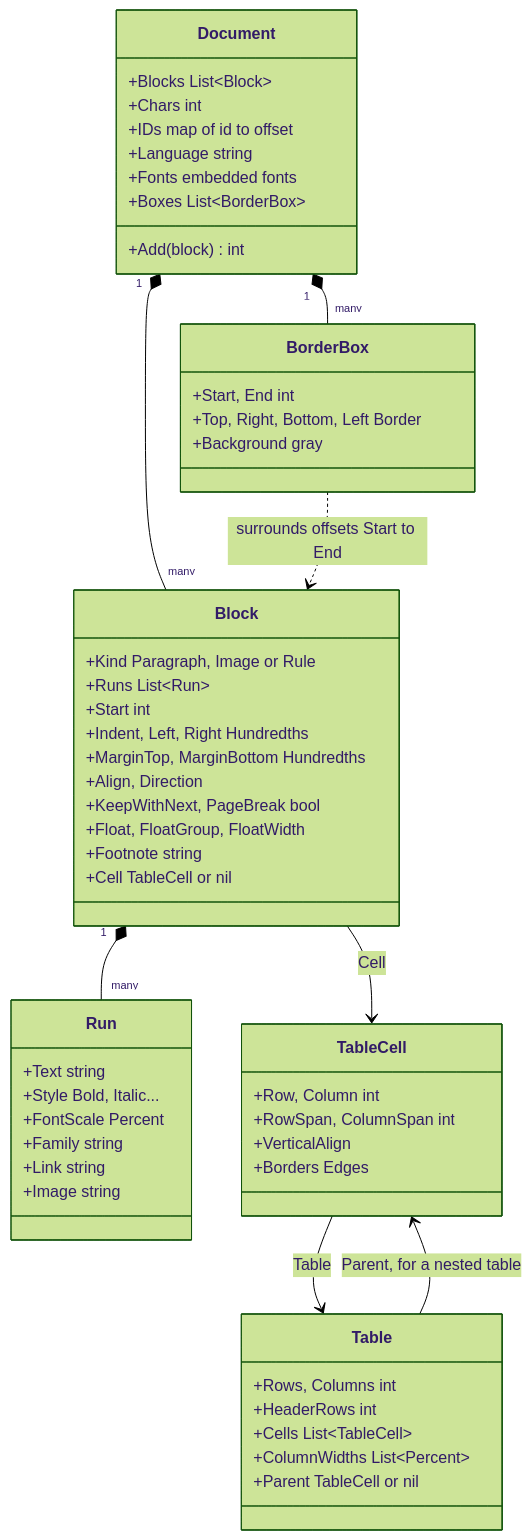
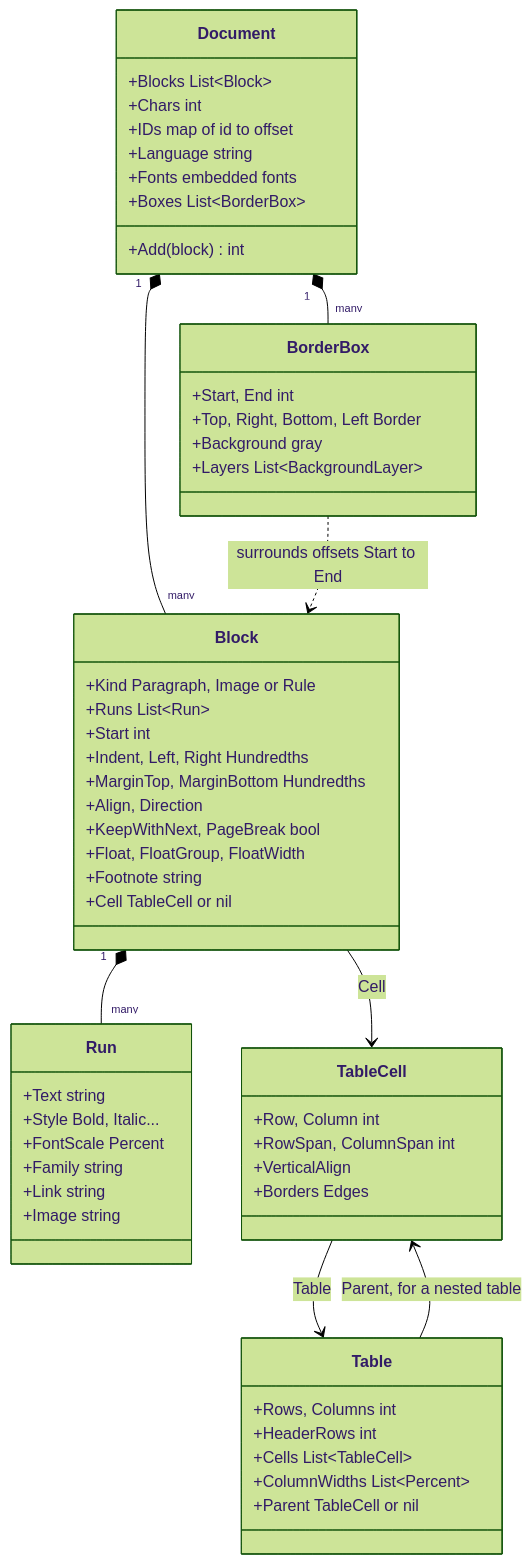
Before and after one commit to CedricHerzog/inkshelf: the diagram in docs/reference/document-model.md, drawn with Mermaid (forest theme). The commit also changed other lines of this file and 49 other files, not shown here.

````diff
--- a/docs/reference/document-model.md
+++ b/docs/reference/document-model.md
@@ -13,57 +13,58 @@
 ```mermaid
 classDiagram
     class Document {
         +Blocks List~Block~
         +Chars int
         +IDs map of id to offset
         +Language string
         +Fonts embedded fonts
         +Boxes List~BorderBox~
         +Add(block) int
     }
     class Block {
         +Kind Paragraph, Image or Rule
         +Runs List~Run~
         +Start int
         +Indent, Left, Right Hundredths
         +MarginTop, MarginBottom Hundredths
         +Align, Direction
         +KeepWithNext, PageBreak bool
         +Float, FloatGroup, FloatWidth
         +Footnote string
         +Cell TableCell or nil
     }
     class Run {
         +Text string
         +Style Bold, Italic...
         +FontScale Percent
         +Family string
         +Link string
         +Image string
     }
     class BorderBox {
         +Start, End int
         +Top, Right, Bottom, Left Border
         +Background gray
+        +Layers List~BackgroundLayer~
     }
     class Table {
         +Rows, Columns int
         +HeaderRows int
         +Cells List~TableCell~
         +ColumnWidths List~Percent~
         +Parent TableCell or nil
     }
     class TableCell {
         +Row, Column int
         +RowSpan, ColumnSpan int
         +VerticalAlign
         +Borders Edges
     }
     Document "1" *-- "many" Block
     Block "1" *-- "many" Run
     Document "1" *-- "many" BorderBox
     BorderBox ..> Block : surrounds offsets Start to End
     Block --> TableCell : Cell
     TableCell --> Table : Table
     Table --> TableCell : Parent, for a nested table
 ```
````
